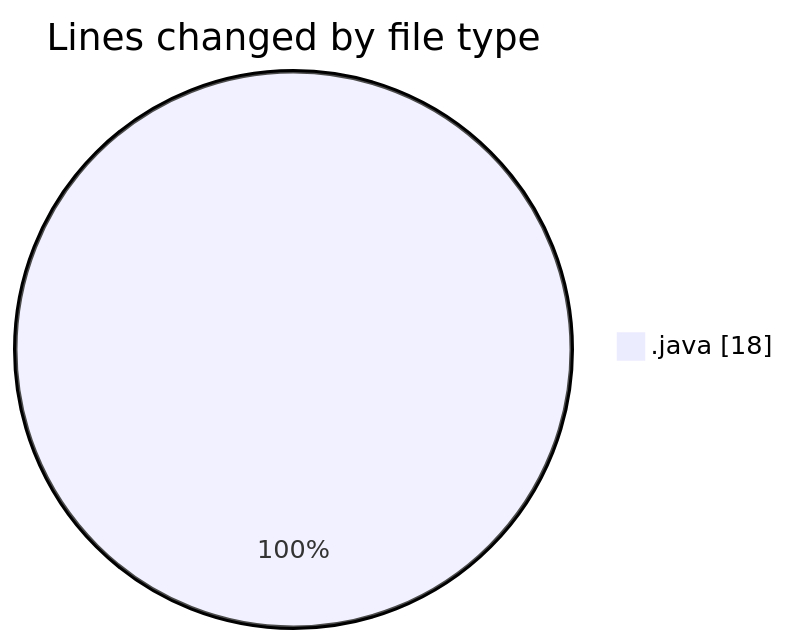
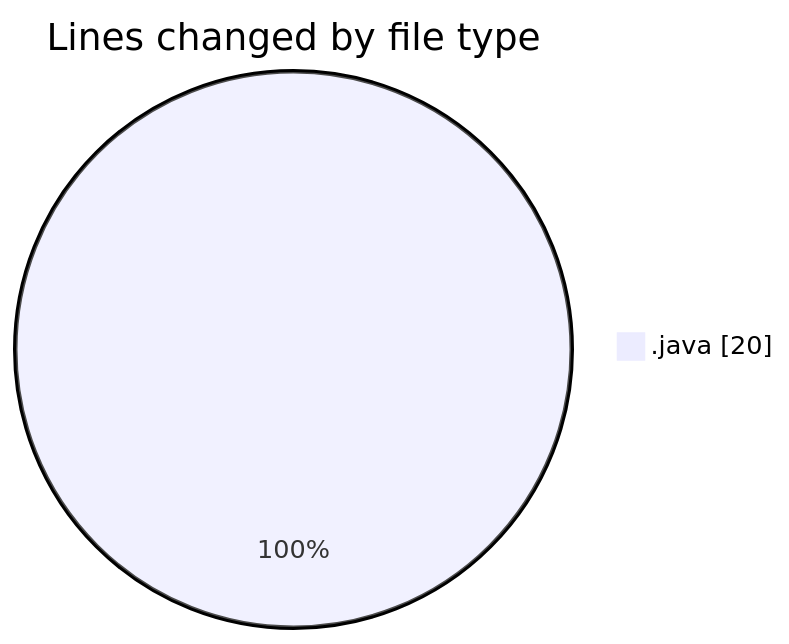
One commit to NitaiMahat/code-tracking changed the first of 2 diagrams in 2025-02-05/computer_202/README.md. Above: the diagram before and after it, drawn with Mermaid. The commit also changed other lines of this file and 1 other file, not shown here.

````diff
--- a/2025-02-05/computer_202/README.md
+++ b/2025-02-05/computer_202/README.md
@@ -22,5 +22,5 @@
 ```mermaid
 pie showData
 title Lines changed by file type
-".java" : 18
+".java" : 20
 ```
````
